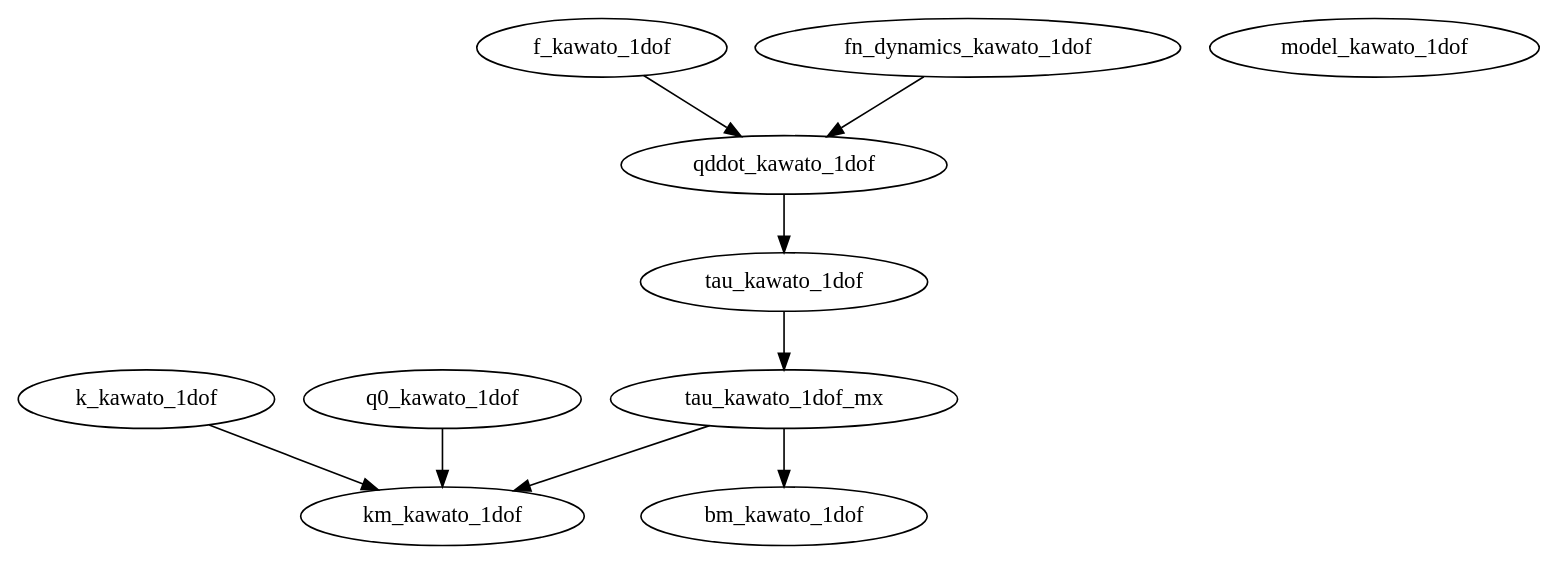
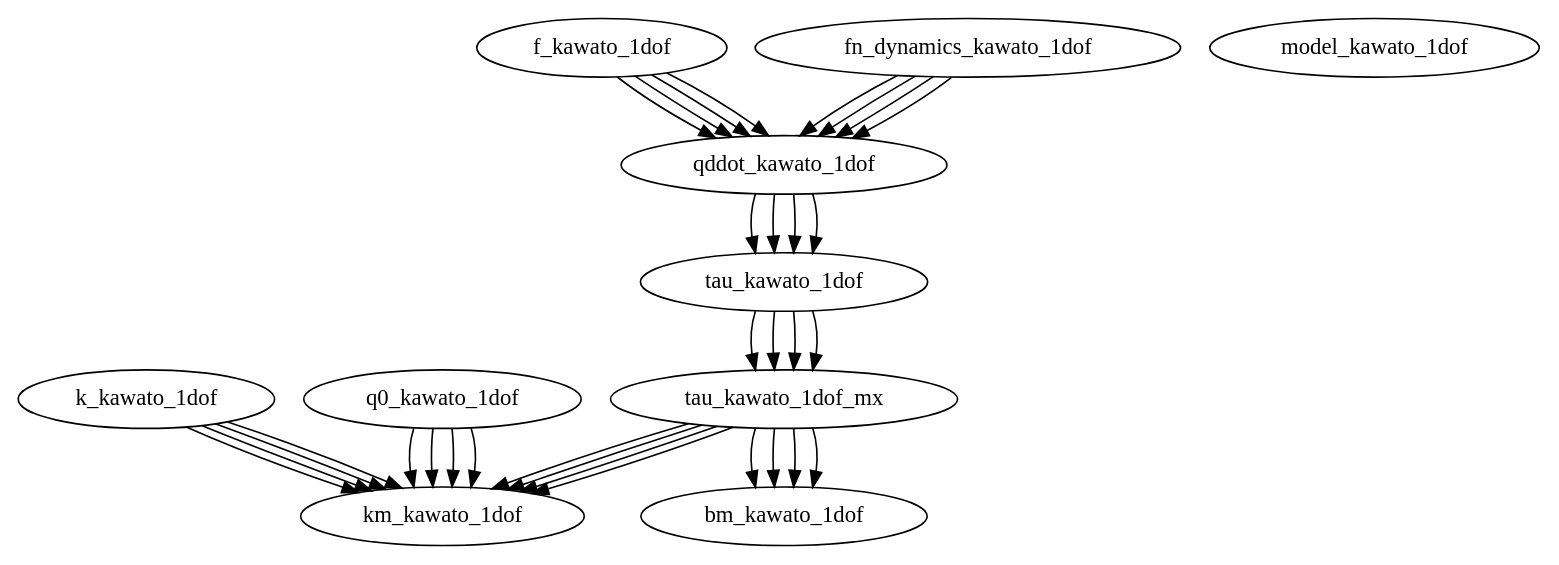
The diagram in doc/m2html/kawato_1dof/graph.dot (FrankieWOO/smt), drawn with Graphviz before and after one commit. The commit also changed 76 other files, not shown here.

```diff
--- a/doc/m2html/kawato_1dof/graph.dot
+++ b/doc/m2html/kawato_1dof/graph.dot
@@ -1,22 +1,56 @@
 /* Created by mdot for Matlab */
 digraph m2html {
   f_kawato_1dof -> qddot_kawato_1dof;
+  f_kawato_1dof -> qddot_kawato_1dof;
+  f_kawato_1dof -> qddot_kawato_1dof;
+  f_kawato_1dof -> qddot_kawato_1dof;
+  fn_dynamics_kawato_1dof -> qddot_kawato_1dof;
+  fn_dynamics_kawato_1dof -> qddot_kawato_1dof;
+  fn_dynamics_kawato_1dof -> qddot_kawato_1dof;
   fn_dynamics_kawato_1dof -> qddot_kawato_1dof;
   k_kawato_1dof -> km_kawato_1dof;
+  k_kawato_1dof -> km_kawato_1dof;
+  k_kawato_1dof -> km_kawato_1dof;
+  k_kawato_1dof -> km_kawato_1dof;
+  q0_kawato_1dof -> km_kawato_1dof;
+  q0_kawato_1dof -> km_kawato_1dof;
+  q0_kawato_1dof -> km_kawato_1dof;
   q0_kawato_1dof -> km_kawato_1dof;
   qddot_kawato_1dof -> tau_kawato_1dof;
+  qddot_kawato_1dof -> tau_kawato_1dof;
+  qddot_kawato_1dof -> tau_kawato_1dof;
+  qddot_kawato_1dof -> tau_kawato_1dof;
+  tau_kawato_1dof -> tau_kawato_1dof_mx;
+  tau_kawato_1dof -> tau_kawato_1dof_mx;
+  tau_kawato_1dof -> tau_kawato_1dof_mx;
   tau_kawato_1dof -> tau_kawato_1dof_mx;
   tau_kawato_1dof_mx -> bm_kawato_1dof;
+  tau_kawato_1dof_mx -> bm_kawato_1dof;
+  tau_kawato_1dof_mx -> km_kawato_1dof;
+  tau_kawato_1dof_mx -> km_kawato_1dof;
+  tau_kawato_1dof_mx -> bm_kawato_1dof;
+  tau_kawato_1dof_mx -> bm_kawato_1dof;
+  tau_kawato_1dof_mx -> km_kawato_1dof;
   tau_kawato_1dof_mx -> km_kawato_1dof;
 
   bm_kawato_1dof [URL="bm_kawato_1dof.html"];
+  bm_kawato_1dof [URL="bm_kawato_1dof.html"];
+  f_kawato_1dof [URL="f_kawato_1dof.html"];
   f_kawato_1dof [URL="f_kawato_1dof.html"];
   fn_dynamics_kawato_1dof [URL="fn_dynamics_kawato_1dof.html"];
+  fn_dynamics_kawato_1dof [URL="fn_dynamics_kawato_1dof.html"];
+  k_kawato_1dof [URL="k_kawato_1dof.html"];
   k_kawato_1dof [URL="k_kawato_1dof.html"];
   km_kawato_1dof [URL="km_kawato_1dof.html"];
+  km_kawato_1dof [URL="km_kawato_1dof.html"];
+  model_kawato_1dof [URL="model_kawato_1dof.html"];
   model_kawato_1dof [URL="model_kawato_1dof.html"];
   q0_kawato_1dof [URL="q0_kawato_1dof.html"];
+  q0_kawato_1dof [URL="q0_kawato_1dof.html"];
+  qddot_kawato_1dof [URL="qddot_kawato_1dof.html"];
   qddot_kawato_1dof [URL="qddot_kawato_1dof.html"];
   tau_kawato_1dof [URL="tau_kawato_1dof.html"];
+  tau_kawato_1dof [URL="tau_kawato_1dof.html"];
+  tau_kawato_1dof_mx [URL="tau_kawato_1dof_mx.html"];
   tau_kawato_1dof_mx [URL="tau_kawato_1dof_mx.html"];
 }
```
